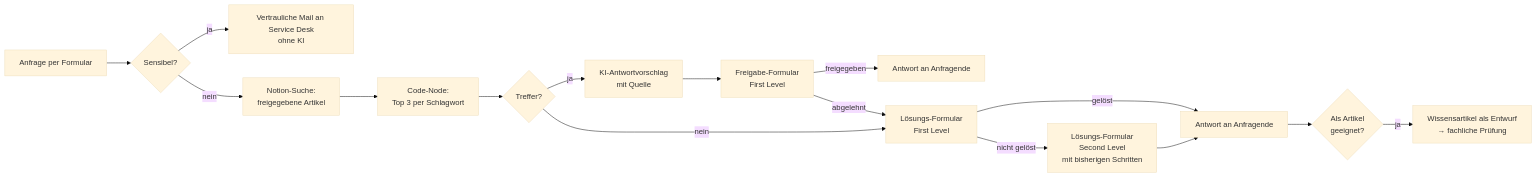
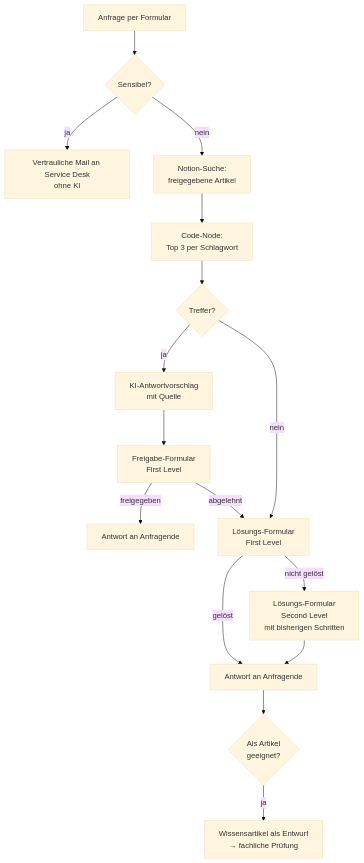
One commit to Gundula-automates/ki-servicedesk-pilot changed the diagram in README.md. Above: the diagram before and after it, drawn with Mermaid (base theme).

````diff
--- a/README.md
+++ b/README.md
@@ -71,18 +71,18 @@
 ```mermaid
-flowchart LR
+flowchart TD
     A[Anfrage per Formular] --> B{Sensibel?}
     B -- ja --> V[Vertrauliche Mail an Service Desk<br/>ohne KI]
     B -- nein --> C[Notion-Suche:<br/>freigegebene Artikel]
     C --> D[Code-Node:<br/>Top 3 per Schlagwort]
     D --> E{Treffer?}
     E -- ja --> F[KI-Antwortvorschlag<br/>mit Quelle]
     F --> G[Freigabe-Formular<br/>First Level]
     G -- freigegeben --> H[Antwort an Anfragende]
     G -- abgelehnt --> I
     E -- nein --> I[Lösungs-Formular<br/>First Level]
     I -- gelöst --> H2[Antwort an Anfragende]
     I -- nicht gelöst --> J[Lösungs-Formular<br/>Second Level<br/>mit bisherigen Schritten]
     J --> H2
     H2 --> K{Als Artikel<br/>geeignet?}
     K -- ja --> L[Wissensartikel als Entwurf<br/>→ fachliche Prüfung]
 ```
````
